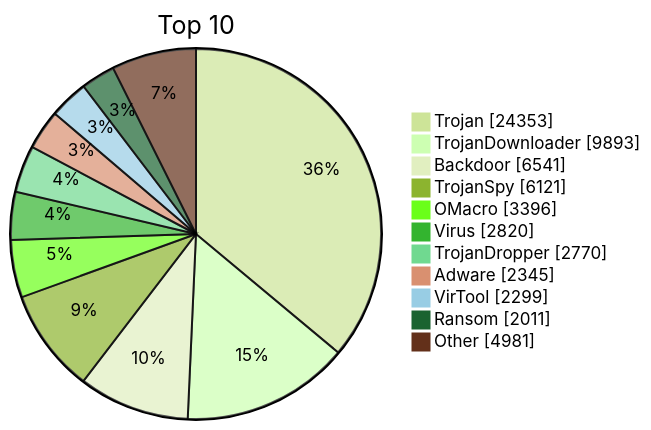
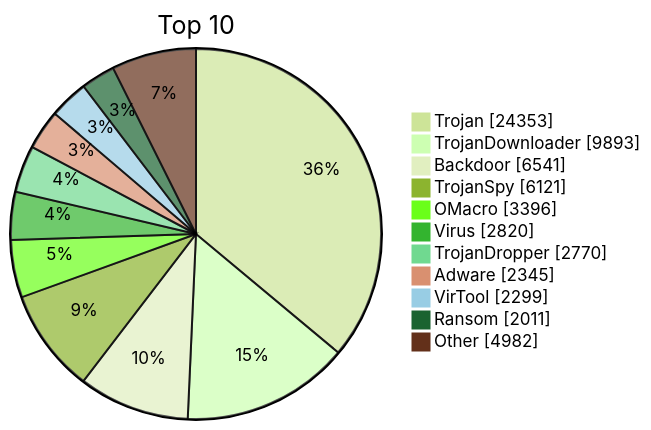
One commit to JerryLinLinLin/huorong-virdb-changelog changed the diagram in README.md. Above: the diagram before and after it, drawn with Mermaid (forest theme). The commit also changed other lines of this file and 14 other files, not shown here.

````diff
--- a/README.md
+++ b/README.md
@@ -19,15 +19,15 @@
 ```mermaid
 pie showData
     title Top 10
     "Trojan" : 24353
     "TrojanDownloader" : 9893
     "Backdoor" : 6541
     "TrojanSpy" : 6121
     "OMacro" : 3396
     "Virus" : 2820
     "TrojanDropper" : 2770
     "Adware" : 2345
     "VirTool" : 2299
     "Ransom" : 2011
-    "Other" : 4981
+    "Other" : 4982
 ```
````
